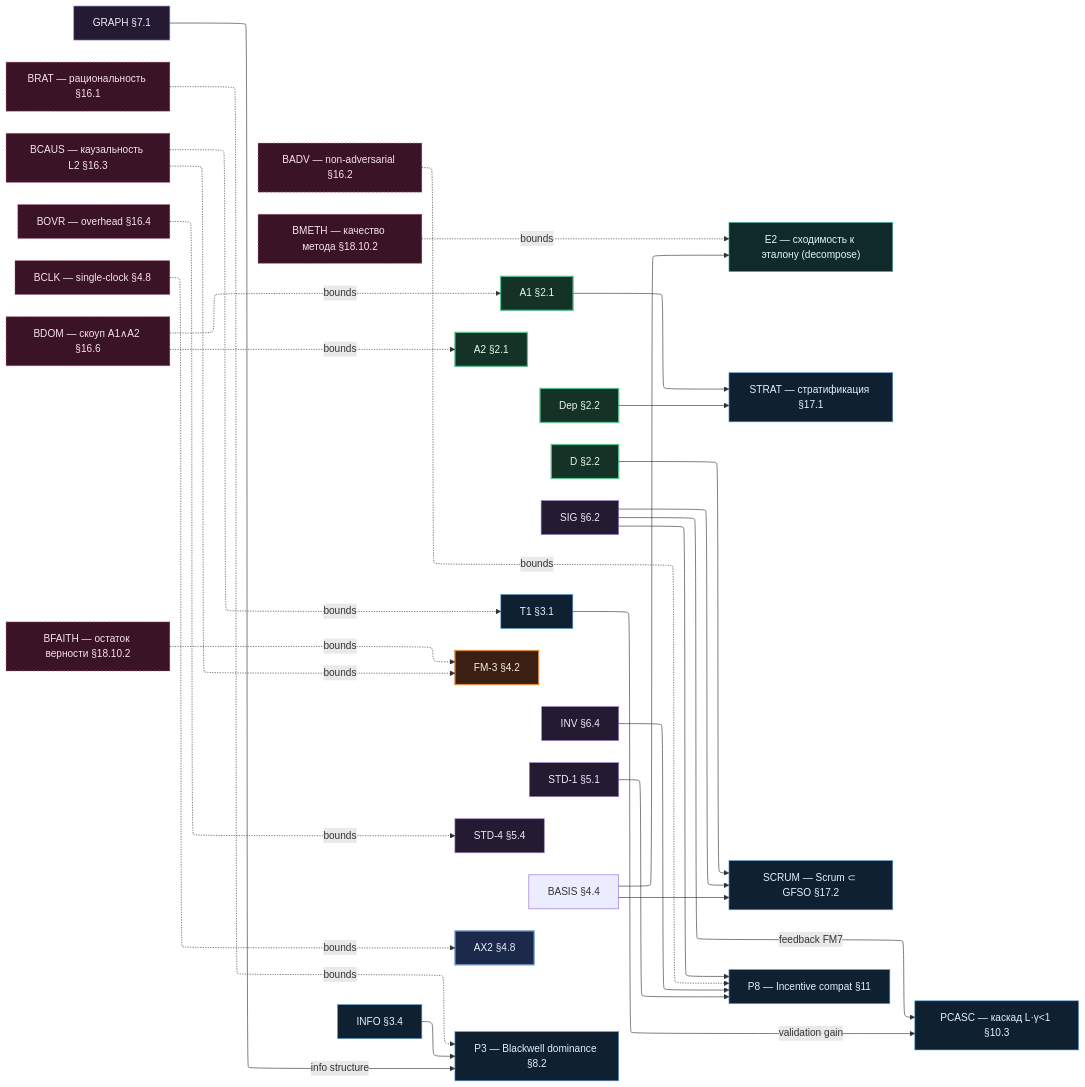
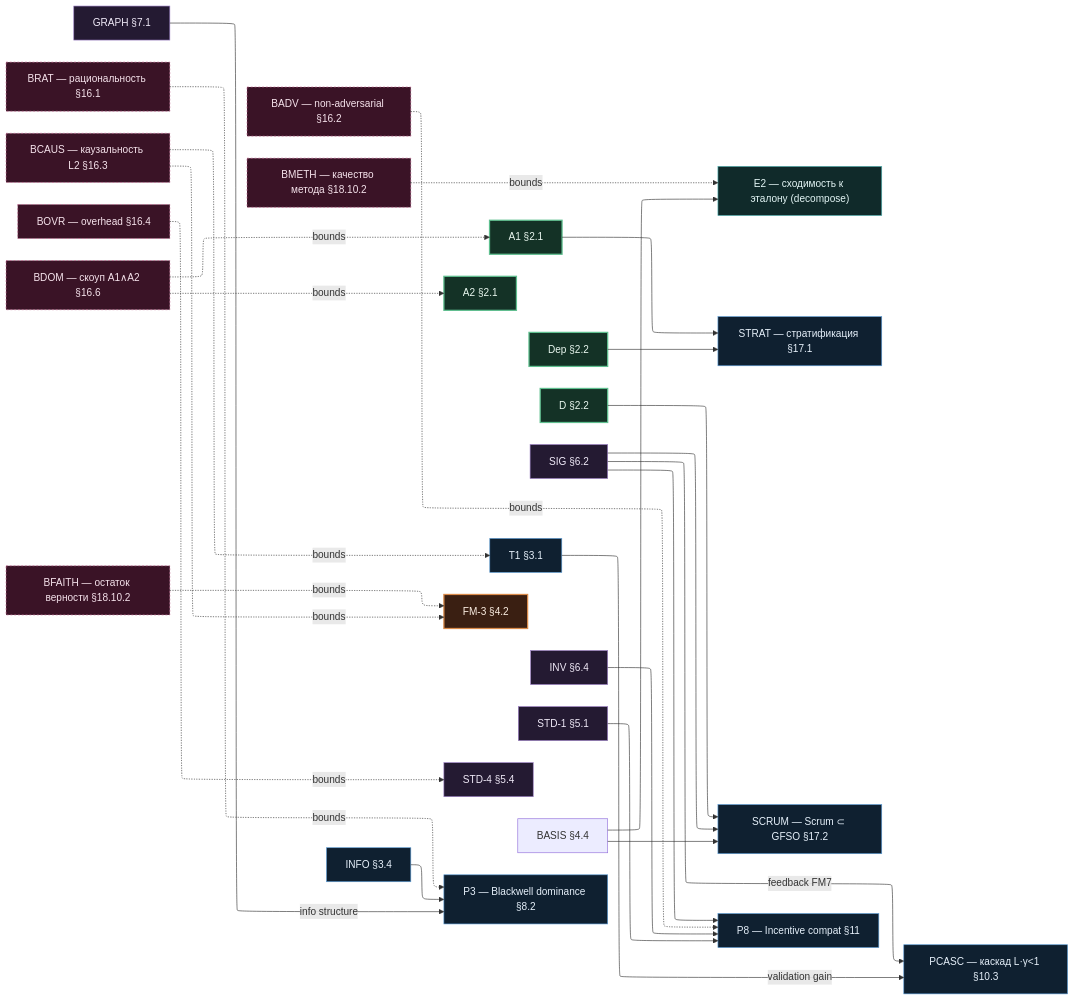
The third of 5 diagrams in docs/gfso_dependency_map.md (Kirill-Shokhin/GFSO), drawn with Mermaid before and after one commit. The commit also changed other lines of this file and 32 other files, not shown here.

````diff
--- a/docs/gfso_dependency_map.md
+++ b/docs/gfso_dependency_map.md
@@ -308,78 +309,75 @@
 ```mermaid
 %%{init: {'flowchart': {'defaultRenderer': 'elk'}}}%%
 flowchart LR
   classDef axiom fill:#1b2a4a,stroke:#7da2d9,color:#eaf0fb,stroke-width:2px;
   classDef prim fill:#143226,stroke:#5fbf8f,color:#e9f7ef,stroke-width:2px;
   classDef derived fill:#0f2030,stroke:#5b9bd5,color:#e6f0fa;
   classDef fm fill:#3a1f12,stroke:#d98a4a,color:#fbeee2,stroke-width:2px;
   classDef guard fill:#241a32,stroke:#9b7fc4,color:#efe9f7;
   classDef bound fill:#3a1326,stroke:#c46a93,color:#f6e3ec,stroke-dasharray:3 3;
   classDef emp fill:#102a2a,stroke:#4fb0b0,color:#e3f5f5;
 
   %% light-якоря
   A1["A1 §2.1"]; A2["A2 §2.1"]; Dep["Dep §2.2"]; D["D §2.2"]
   class A1,A2,Dep,D prim
   T1["T1 §3.1"]; INFO["INFO §3.4"]
   class T1,INFO derived
   FM3["FM-3 §4.2"]
   class FM3 fm
-  GRAPH["GRAPH §7.1"]; SIG["SIG §6.2"]; INV["INV §6.4"]; STD1["STD-1 §5.1"]; STD4["STD-4 §5.4"]; BASIS["BASIS §4.4"]; AX2["AX2 §4.8"]
+  GRAPH["GRAPH §7.1"]; SIG["SIG §6.2"]; INV["INV §6.4"]; STD1["STD-1 §5.1"]; STD4["STD-4 §5.4"]; BASIS["BASIS §4.4"]
   class GRAPH,SIG,INV,STD1,STD4 guard
   class BASIS basis
-  class AX2 axiom
   E2["E2 — сходимость к эталону (decompose)"]
   class E2 emp
 
   %% производные результаты
   STRAT["STRAT — стратификация §17.1"]
   SCRUM["SCRUM — Scrum ⊂ GFSO §17.2"]
   class STRAT,SCRUM derived
 
   %% результаты Part II
   P3["P3 — Blackwell dominance §8.2"]
   P8["P8 — Incentive compat §11"]
   PCASC["PCASC — каскад L·γ<1 §10.3"]
   class P3,P8,PCASC derived
 
   %% границы
   BRAT["BRAT — рациональность §16.1"]
   BADV["BADV — non-adversarial §16.2"]
   BCAUS["BCAUS — каузальность L2 §16.3"]
   BOVR["BOVR — overhead §16.4"]
-  BCLK["BCLK — single-clock §4.8"]
   BDOM["BDOM — скоуп A1∧A2 §16.6"]
   BFAITH["BFAITH — остаток верности §18.10.2"]
   BMETH["BMETH — качество метода §18.10.2"]
-  class BRAT,BADV,BCAUS,BOVR,BCLK,BDOM,BFAITH,BMETH bound
+  class BRAT,BADV,BCAUS,BOVR,BDOM,BFAITH,BMETH bound
 
   %% производные
   Dep --> STRAT
   A1 --> STRAT
   SIG --> SCRUM
   D --> SCRUM
   BASIS --> SCRUM
 
   %% результаты Part II
   GRAPH -->|info structure| P3
   INFO --> P3
   SIG --> P8
   INV --> P8
   STD1 --> P8
   T1 -->|validation gain| PCASC
   SIG -->|feedback FM7| PCASC
 
   %% E2 наследует полноту
   BASIS --> E2
 
   %% границы на том, что ограничивают
   BRAT -.->|bounds| P3
   BADV -.->|bounds| P8
   BCAUS -.->|bounds| T1
   BCAUS -.->|bounds| FM3
   BOVR -.->|bounds| STD4
-  BCLK -.->|bounds| AX2
   BDOM -.->|bounds| A1
   BDOM -.->|bounds| A2
   BFAITH -.->|bounds| FM3
   BMETH -.->|bounds| E2
 ```
````
